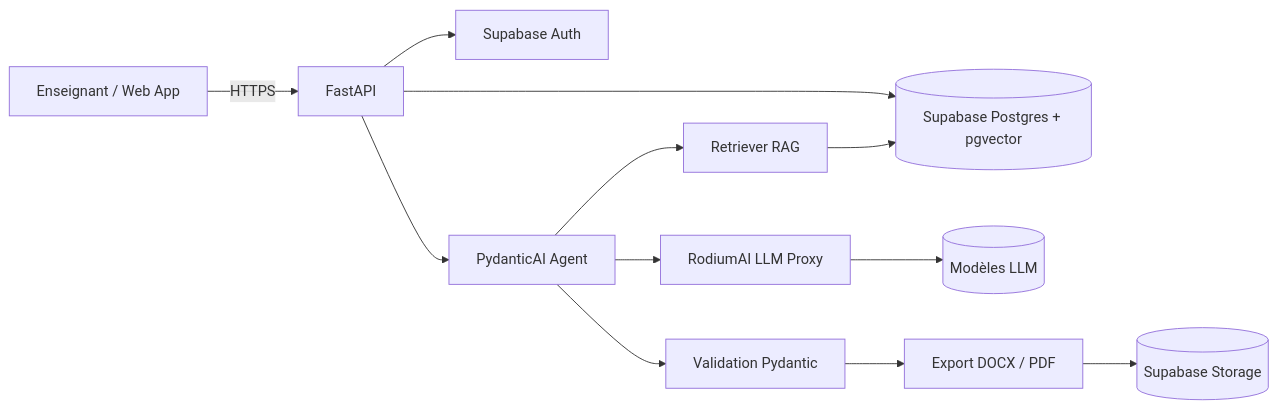
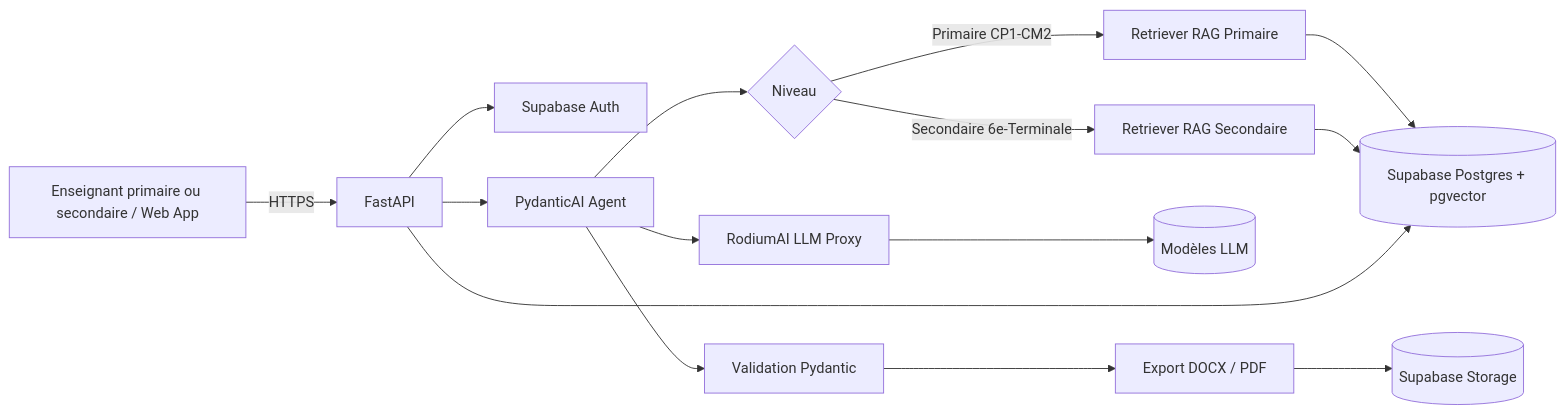
The first of 2 diagrams in README.md (justin2119/pedago-ai), drawn with Mermaid before and after one commit. The commit also changed other lines of this file, not shown here.

Commit message:
docs(readme): give Enseignement Primaire first-class prominence alongside Secondaire

````diff
--- a/README.md
+++ b/README.md
@@ -43,14 +60,17 @@
 ```mermaid
 flowchart LR
-    U[Enseignant / Web App] -->|HTTPS| API[FastAPI]
+    U[Enseignant primaire ou secondaire / Web App] -->|HTTPS| API[FastAPI]
     API --> AUTH[Supabase Auth]
     API --> AG[PydanticAI Agent]
-    AG --> RET[Retriever RAG]
-    RET --> PG[(Supabase Postgres + pgvector)]
+    AG --> ROUTE{Niveau}
+    ROUTE -->|Primaire CP1-CM2| RETP[Retriever RAG Primaire]
+    ROUTE -->|Secondaire 6e-Terminale| RETS[Retriever RAG Secondaire]
+    RETP --> PG[(Supabase Postgres + pgvector)]
+    RETS --> PG
     AG --> PROXY[RodiumAI LLM Proxy]
     PROXY --> LLM[(Modèles LLM)]
     AG --> VAL[Validation Pydantic]
     VAL --> EXP[Export DOCX / PDF]
     EXP --> STO[(Supabase Storage)]
     API --> PG
 ```
````
